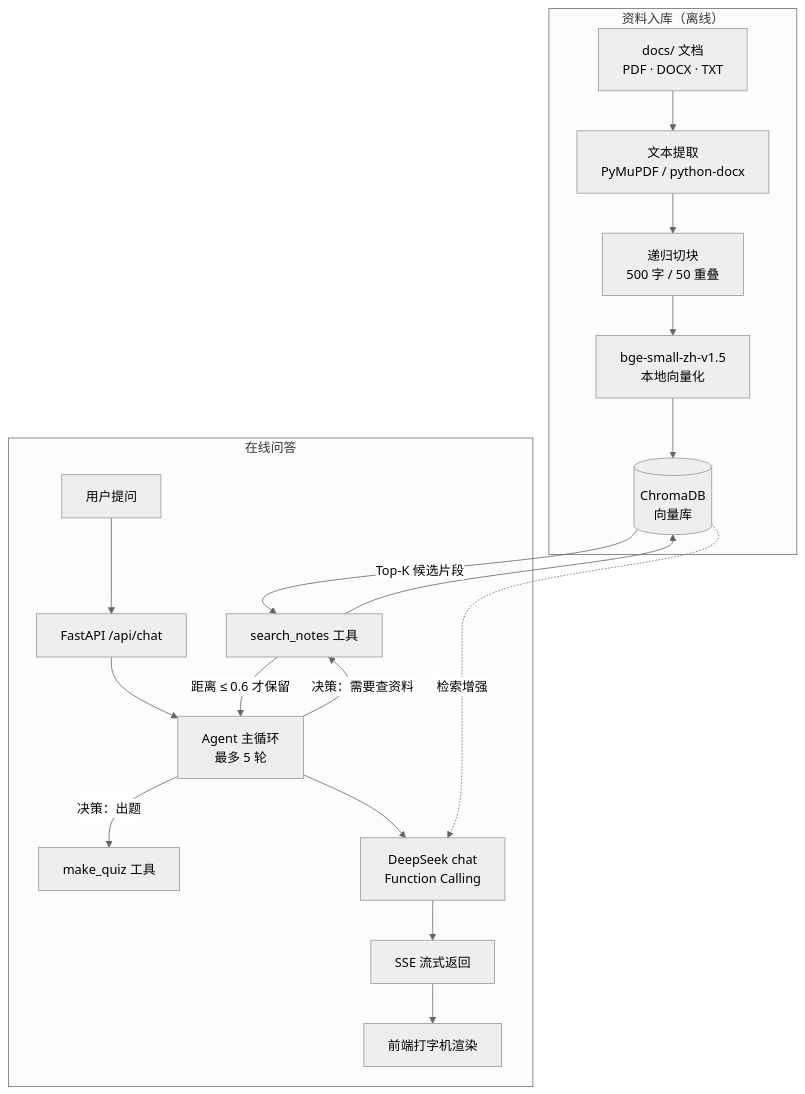
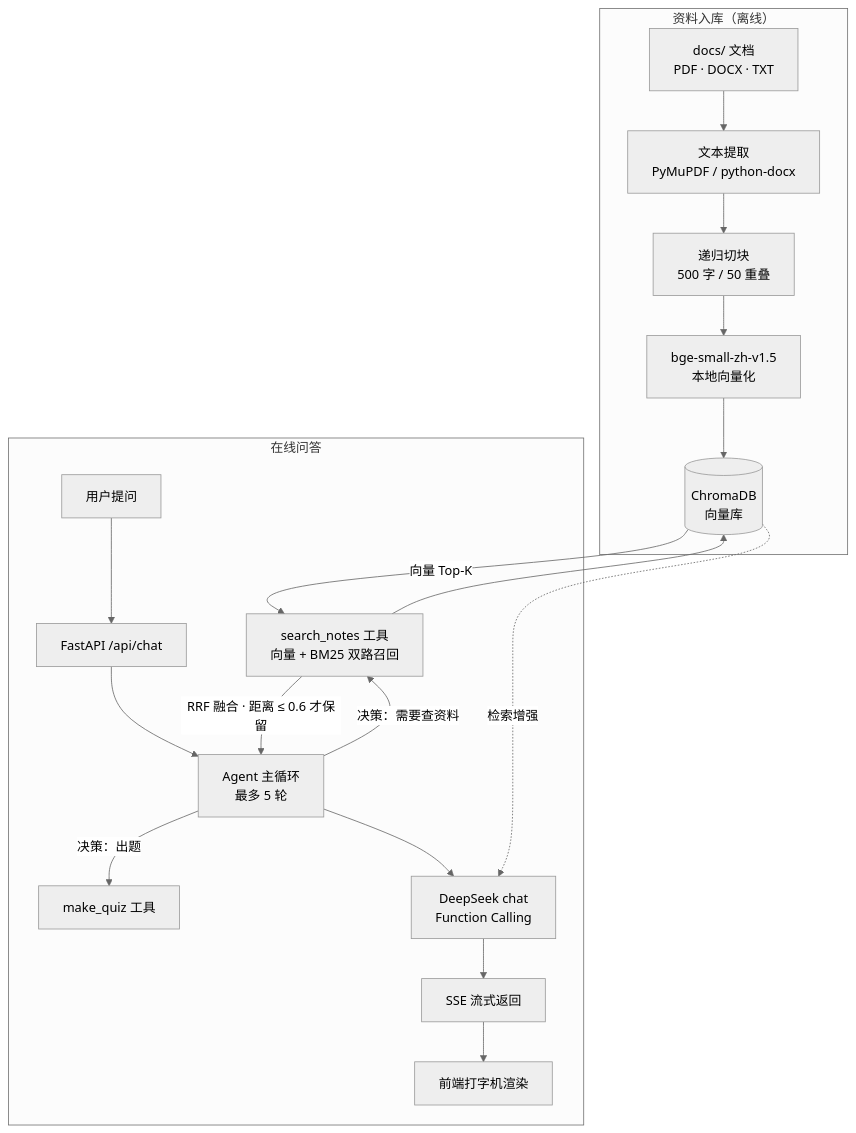
Before and after one commit to lujin555/study-agent: the diagram in README.md, drawn with Mermaid (neutral theme). The commit also changed other lines of this file and 4 other files, not shown here.

````diff
--- a/README.md
+++ b/README.md
@@ -26,24 +26,24 @@
 ```mermaid
 flowchart TB
     subgraph ingest["资料入库（离线）"]
         D1["docs/ 文档<br/>PDF · DOCX · TXT"] --> D2["文本提取<br/>PyMuPDF / python-docx"]
         D2 --> D3["递归切块<br/>500 字 / 50 重叠"]
         D3 --> D4["bge-small-zh-v1.5<br/>本地向量化"]
         D4 --> DB[("ChromaDB<br/>向量库")]
     end
 
     subgraph online["在线问答"]
         U["用户提问"] --> API["FastAPI /api/chat"]
         API --> AG["Agent 主循环<br/>最多 5 轮"]
-        AG -->|"决策：需要查资料"| SR["search_notes 工具"]
+        AG -->|"决策：需要查资料"| SR["search_notes 工具<br/>向量 + BM25 双路召回"]
         SR --> DB
-        DB -->|"Top-K 候选片段"| SR
-        SR -->|"距离 ≤ 0.6 才保留"| AG
+        DB -->|"向量 Top-K"| SR
+        SR -->|"RRF 融合 · 距离 ≤ 0.6 才保留"| AG
         AG -->|"决策：出题"| MQ["make_quiz 工具"]
         AG --> LLM["DeepSeek chat<br/>Function Calling"]
         LLM --> SSE["SSE 流式返回"]
         SSE --> FE["前端打字机渲染"]
     end
 
     DB -.->|"检索增强"| LLM
 ```
````
